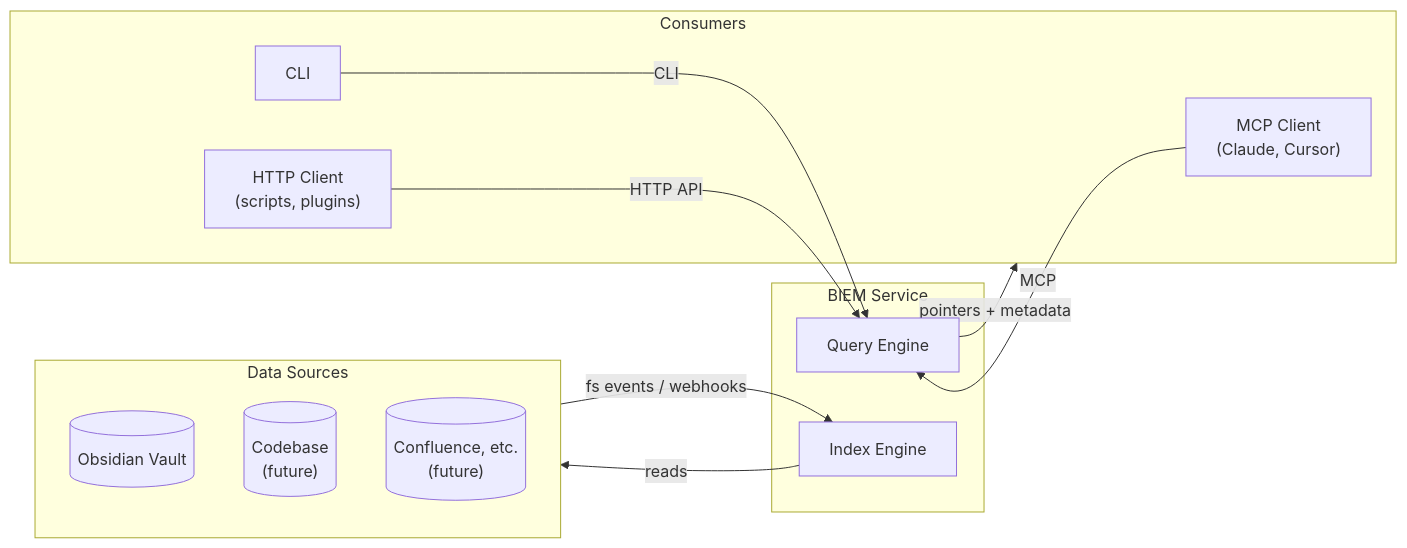
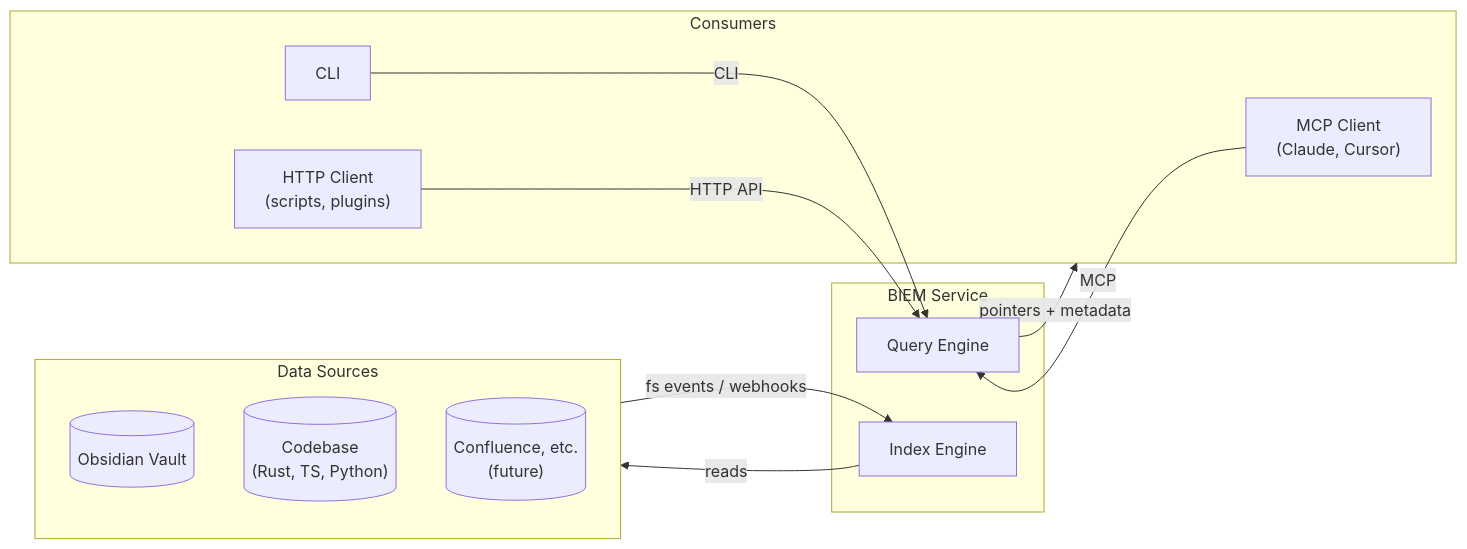
One commit to locusd-ai/locus changed the first of 9 diagrams in docs/architecture/001-system-overview.md. Above: the diagram before and after it, drawn with Mermaid. The commit also changed other lines of this file and 5 other files, not shown here.

````diff
--- a/docs/architecture/001-system-overview.md
+++ b/docs/architecture/001-system-overview.md
@@ -25,28 +25,28 @@
 ```mermaid
 graph LR
     subgraph Sources["Data Sources"]
         OV[("Obsidian Vault")]
-        CS[("Codebase<br/>(future)")]
+        CS[("Codebase<br/>(Rust, TS, Python)")]
         OTHER[("Confluence, etc.<br/>(future)")]
     end
 
     subgraph BIEM["BIEM Service"]
         IDX["Index Engine"]
         QE["Query Engine"]
     end
 
     subgraph Consumers["Consumers"]
         MCP_C["MCP Client<br/>(Claude, Cursor)"]
         CLI_C["CLI"]
         API_C["HTTP Client<br/>(scripts, plugins)"]
     end
 
     Sources -- "fs events / webhooks" --> IDX
     IDX -- "reads" --> Sources
 
     MCP_C -- "MCP" --> QE
     CLI_C -- "CLI" --> QE
     API_C -- "HTTP API" --> QE
 
     QE -- "pointers + metadata" --> Consumers
 ```
````
